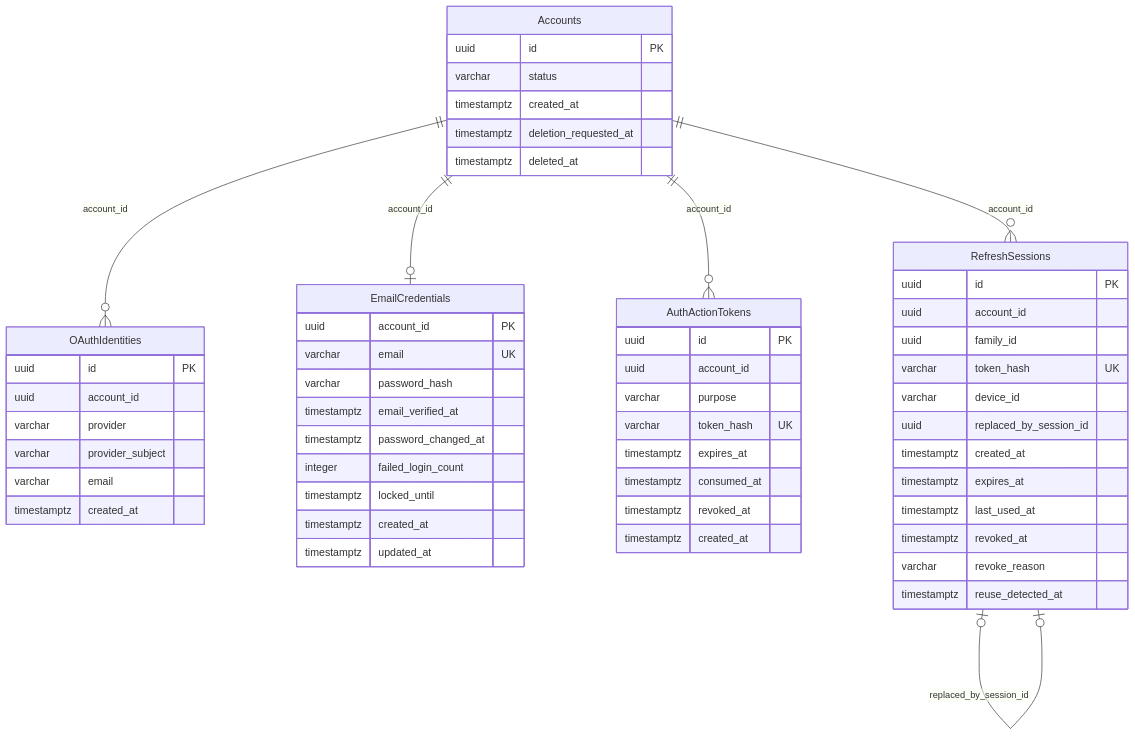
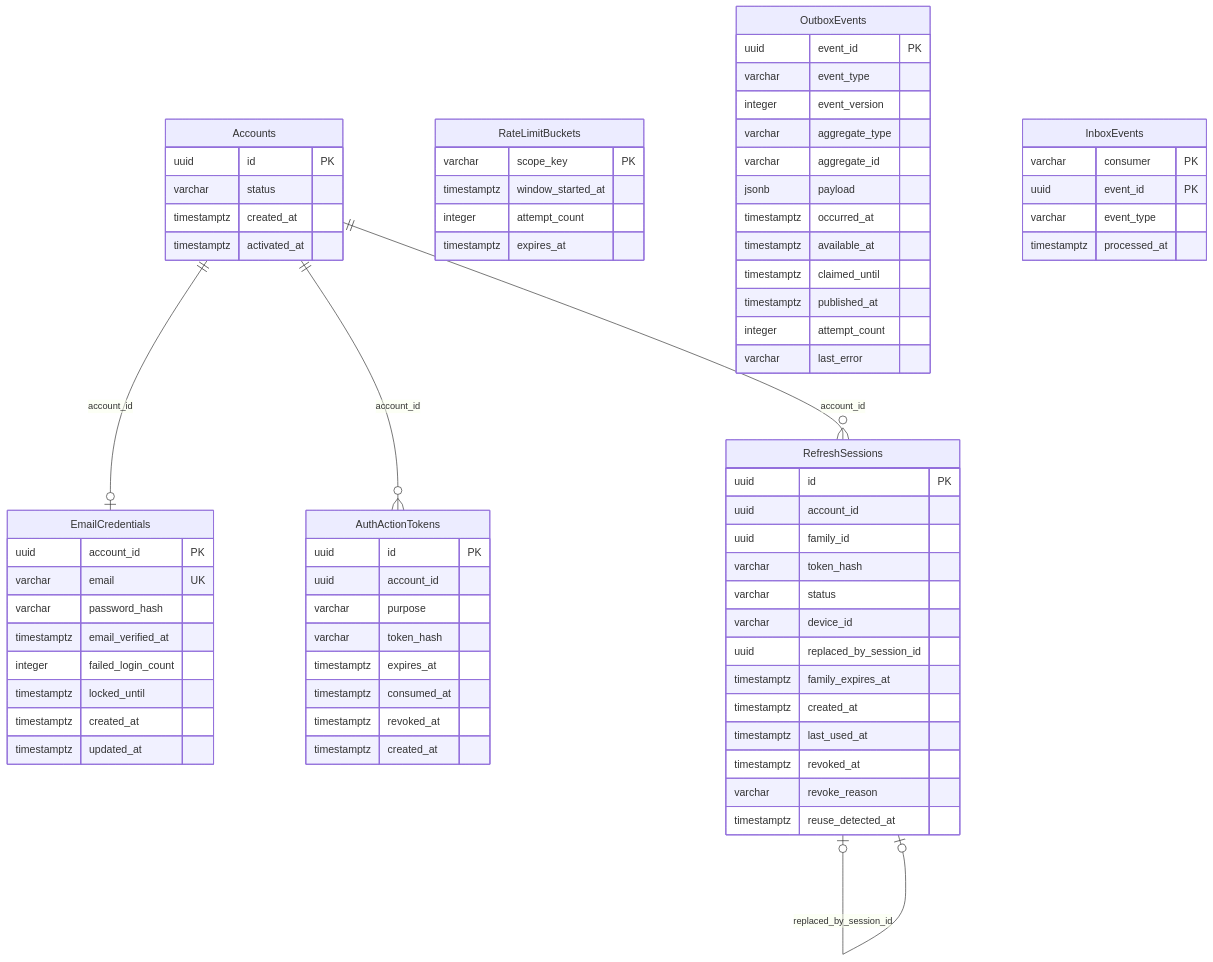
Before and after one commit to COOKieProjectTeam/cookie: the diagram in contracts/dbml/identity.mmd, drawn with Mermaid. The commit also changed 85 other files, not shown here.

Commit message:
feat(identity): implement email authentication service

```diff
--- a/contracts/dbml/identity.mmd
+++ b/contracts/dbml/identity.mmd
@@ -1,63 +1,81 @@
-%% identity service schema — derived from identity.dbml
+%% Identity Service schema — derived from identity.dbml
 %% Cross-service references are intentionally omitted.
 erDiagram
   Accounts {
     uuid id PK
     varchar status
     timestamptz created_at
-    timestamptz deletion_requested_at
-    timestamptz deleted_at
-  }
-
-  OAuthIdentities {
-    uuid id PK
-    uuid account_id
-    varchar provider
-    varchar provider_subject
-    varchar email
-    timestamptz created_at
+    timestamptz activated_at
   }
 
   EmailCredentials {
     uuid account_id PK
     varchar email UK
     varchar password_hash
     timestamptz email_verified_at
-    timestamptz password_changed_at
     integer failed_login_count
     timestamptz locked_until
     timestamptz created_at
     timestamptz updated_at
   }
 
   AuthActionTokens {
     uuid id PK
     uuid account_id
     varchar purpose
-    varchar token_hash UK
+    varchar token_hash
     timestamptz expires_at
     timestamptz consumed_at
     timestamptz revoked_at
     timestamptz created_at
   }
 
   RefreshSessions {
     uuid id PK
     uuid account_id
     uuid family_id
-    varchar token_hash UK
+    varchar token_hash
+    varchar status
     varchar device_id
     uuid replaced_by_session_id
+    timestamptz family_expires_at
     timestamptz created_at
-    timestamptz expires_at
     timestamptz last_used_at
     timestamptz revoked_at
     varchar revoke_reason
     timestamptz reuse_detected_at
   }
 
-  Accounts ||--o{ OAuthIdentities : "account_id"
+  RateLimitBuckets {
+    varchar scope_key PK
+    timestamptz window_started_at
+    integer attempt_count
+    timestamptz expires_at
+  }
+
+  OutboxEvents {
+    uuid event_id PK
+    varchar event_type
+    integer event_version
+    varchar aggregate_type
+    varchar aggregate_id
+    jsonb payload
+    timestamptz occurred_at
+    timestamptz available_at
+    timestamptz claimed_until
+    timestamptz published_at
+    integer attempt_count
+    varchar last_error
+  }
+
+  InboxEvents {
+    varchar consumer PK
+    uuid event_id PK
+    varchar event_type
+    timestamptz processed_at
+  }
+
   Accounts ||--o| EmailCredentials : "account_id"
   Accounts ||--o{ AuthActionTokens : "account_id"
   Accounts ||--o{ RefreshSessions : "account_id"
   RefreshSessions o|--o| RefreshSessions : "replaced_by_session_id"
```
